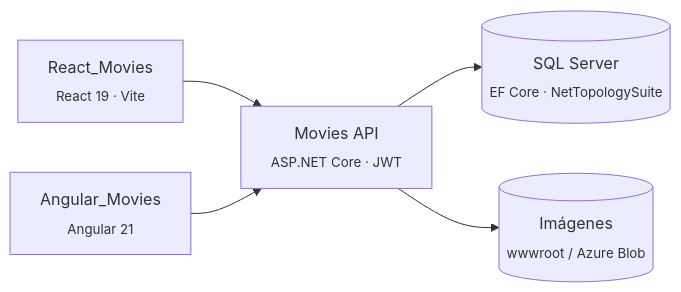
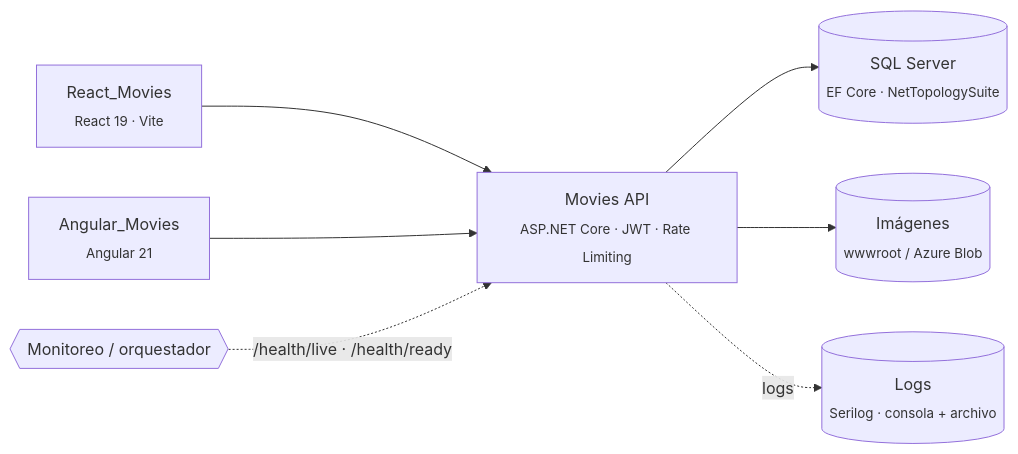
One commit to iliana212/API_Movies changed the diagram in README.md. Above: the diagram before and after it, drawn with Mermaid. The commit also changed other lines of this file and 1 other file, not shown here.

````diff
--- a/README.md
+++ b/README.md
@@ -26,7 +27,9 @@
 ```mermaid
 graph LR
     React["React_Movies<br/><sub>React 19 · Vite</sub>"] --> API
     Angular["Angular_Movies<br/><sub>Angular 21</sub>"] --> API
-    API["Movies API<br/><sub>ASP.NET Core · JWT</sub>"] --> DB[("SQL Server<br/><sub>EF Core · NetTopologySuite</sub>")]
+    API["Movies API<br/><sub>ASP.NET Core · JWT · Rate Limiting</sub>"] --> DB[("SQL Server<br/><sub>EF Core · NetTopologySuite</sub>")]
     API --> Storage[("Imágenes<br/><sub>wwwroot / Azure Blob</sub>")]
+    API -. "logs" .-> Logs[("Logs<br/><sub>Serilog · consola + archivo</sub>")]
+    Monitor{{"Monitoreo / orquestador"}} -. "/health/live · /health/ready" .-> API
 ```
````
